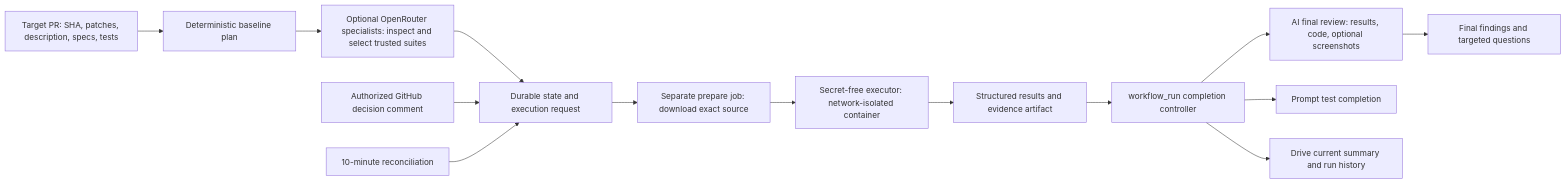
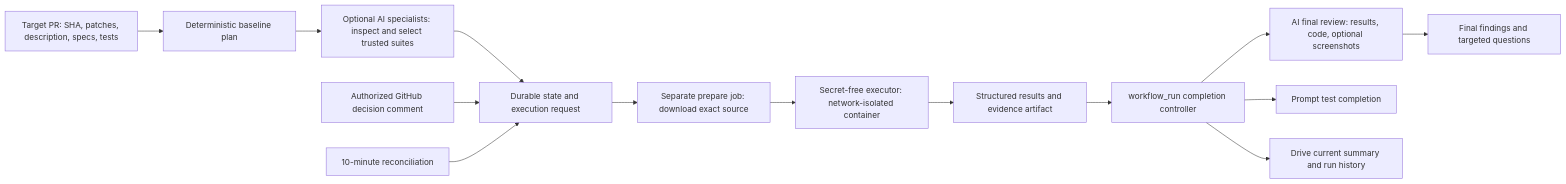
The diagram in README.md (Vaidehi2510/QA-testbot), drawn with Mermaid before and after one commit. The commit also changed other lines of this file and 37 other files, not shown here.

````diff
--- a/README.md
+++ b/README.md
@@ -49,16 +51,16 @@
 ```mermaid
 flowchart LR
     PR[Target PR: SHA, patches, description, specs, tests] --> Plan[Deterministic baseline plan]
-    Plan --> AI[Optional OpenRouter specialists: inspect and select trusted suites]
+    Plan --> AI[Optional AI specialists: inspect and select trusted suites]
     AI --> State[Durable state and execution request]
     State --> Prepare[Separate prepare job: download exact source]
     Prepare --> Test[Secret-free executor: network-isolated container]
     Test --> Results[Structured results and evidence artifact]
     Results --> Complete[workflow_run completion controller]
     Complete --> Final[AI final review: results, code, optional screenshots]
     Complete --> Slack[Prompt test completion]
     Final --> SlackFinal[Final findings and targeted questions]
     Complete --> Drive[Drive current summary and run history]
     Decision[Authorized GitHub decision comment] --> State
     Poll[10-minute reconciliation] --> State
 ```
````
